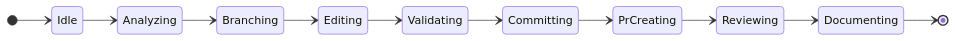
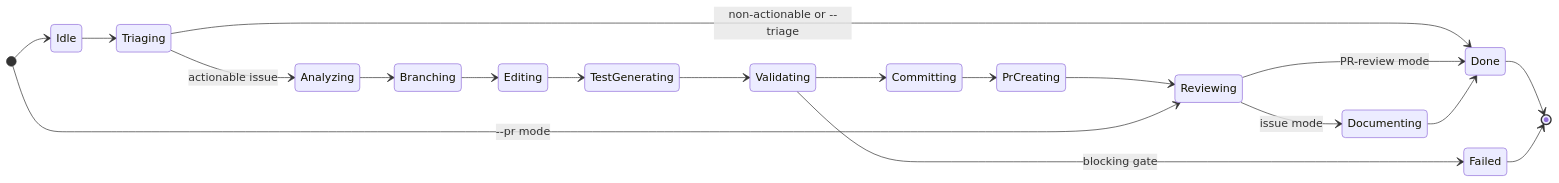
The first of 2 diagrams in README.md (Coding-Autopilot-System/gsd-orchestrator), drawn with Mermaid before and after one commit. The commit also changed other lines of this file, not shown here.

````diff
--- a/README.md
+++ b/README.md
@@ -50,14 +52,22 @@
 ```mermaid
 stateDiagram-v2
     direction LR
     [*] --> Idle
-    Idle --> Analyzing
+    Idle --> Triaging
+    Triaging --> Analyzing: actionable issue
+    Triaging --> Done: non-actionable or --triage
     Analyzing --> Branching
     Branching --> Editing
-    Editing --> Validating
+    Editing --> TestGenerating
+    TestGenerating --> Validating
     Validating --> Committing
+    Validating --> Failed: blocking gate
     Committing --> PrCreating
     PrCreating --> Reviewing
-    Reviewing --> Documenting
-    Documenting --> [*]
+    Reviewing --> Documenting: issue mode
+    [*] --> Reviewing: --pr mode
+    Reviewing --> Done: PR-review mode
+    Documenting --> Done
+    Done --> [*]
+    Failed --> [*]
 ```
````
